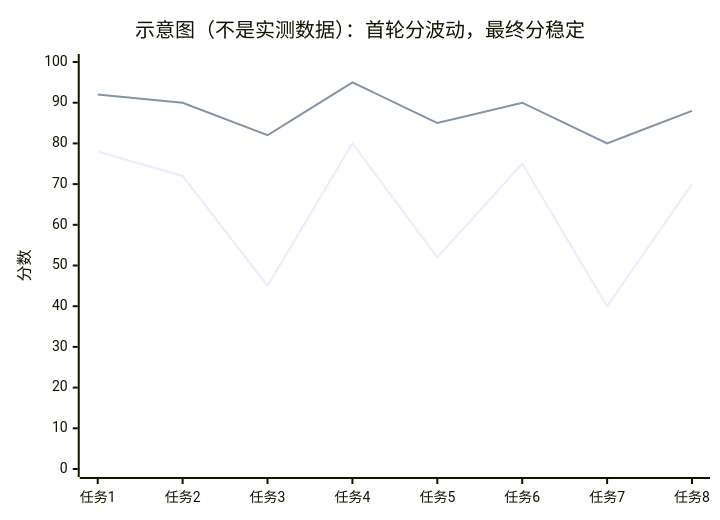
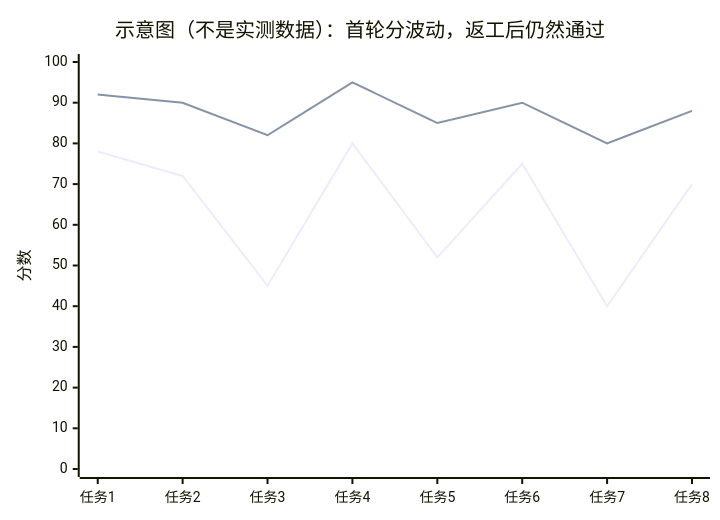
Before and after one commit to st666xiao/claude-relay: the third of 3 diagrams in README.md, drawn with Mermaid. The commit also changed other lines of this file and 16 other files, not shown here.

````diff
--- a/README.md
+++ b/README.md
@@ -65,8 +65,8 @@
 ```mermaid
 xychart-beta
-  title "示意图（不是实测数据）：首轮分波动，最终分稳定"
+  title "示意图（不是实测数据）：首轮分波动，返工后仍然通过"
   x-axis ["任务1","任务2","任务3","任务4","任务5","任务6","任务7","任务8"]
   y-axis "分数" 0 --> 100
   line [78, 72, 45, 80, 52, 75, 40, 70]
   line [92, 90, 82, 95, 85, 90, 80, 88]
 ```
````
